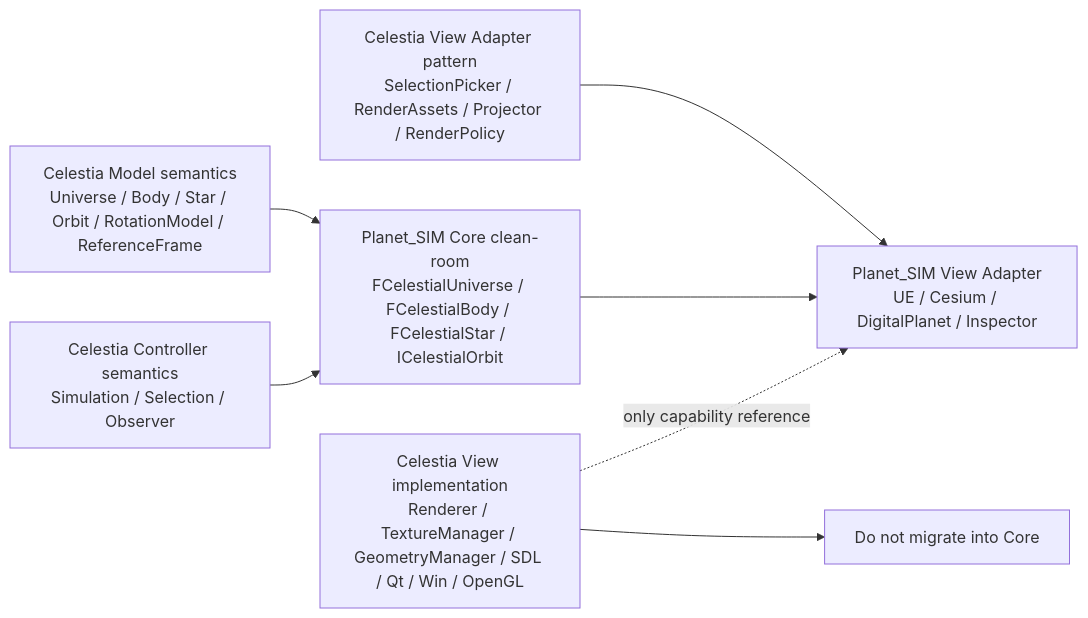
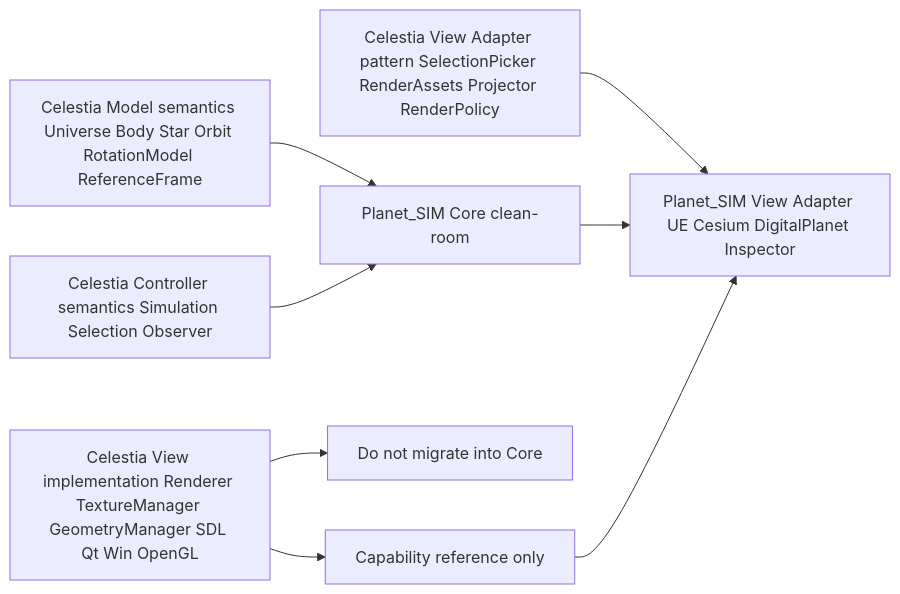
One commit to wgwtest/Celestia changed the fourth of 4 diagrams in DOC/CODEX_DOC/02_设计说明/02-05-Celestia标准MVC解耦与迁移映射说明.md. Above: the diagram before and after it, drawn with Mermaid. The commit also changed other lines of this file and 1 other file, not shown here.

Commit message:
docs: make MVC diagrams Typora compatible

````diff
--- a/DOC/CODEX_DOC/02_设计说明/02-05-Celestia标准MVC解耦与迁移映射说明.md
+++ b/DOC/CODEX_DOC/02_设计说明/02-05-Celestia标准MVC解耦与迁移映射说明.md
@@ -127,11 +125,12 @@
 ```mermaid
-flowchart LR
-    celestiaModel["Celestia Model semantics<br/>Universe / Body / Star / Orbit / RotationModel / ReferenceFrame"] --> planetCore["Planet_SIM Core clean-room<br/>FCelestialUniverse / FCelestialBody / FCelestialStar / ICelestialOrbit"]
-    celestiaController["Celestia Controller semantics<br/>Simulation / Selection / Observer"] --> planetCore
+graph LR
+    CelestiaModel[Celestia Model semantics Universe Body Star Orbit RotationModel ReferenceFrame] --> PlanetCore[Planet_SIM Core clean-room]
+    CelestiaController[Celestia Controller semantics Simulation Selection Observer] --> PlanetCore
 
-    celestiaAdapter["Celestia View Adapter pattern<br/>SelectionPicker / RenderAssets / Projector / RenderPolicy"] --> planetAdapter["Planet_SIM View Adapter<br/>UE / Cesium / DigitalPlanet / Inspector"]
-    planetCore --> planetAdapter
+    CelestiaAdapter[Celestia View Adapter pattern SelectionPicker RenderAssets Projector RenderPolicy] --> PlanetAdapter[Planet_SIM View Adapter UE Cesium DigitalPlanet Inspector]
+    PlanetCore --> PlanetAdapter
 
-    celestiaView["Celestia View implementation<br/>Renderer / TextureManager / GeometryManager / SDL / Qt / Win / OpenGL"] --> noMigrate["Do not migrate into Core"]
-    celestiaView -. "only capability reference" .-> planetAdapter
+    CelestiaView[Celestia View implementation Renderer TextureManager GeometryManager SDL Qt Win OpenGL] --> NoCore[Do not migrate into Core]
+    CelestiaView --> CapabilityReference[Capability reference only]
+    CapabilityReference --> PlanetAdapter
 ```
````
